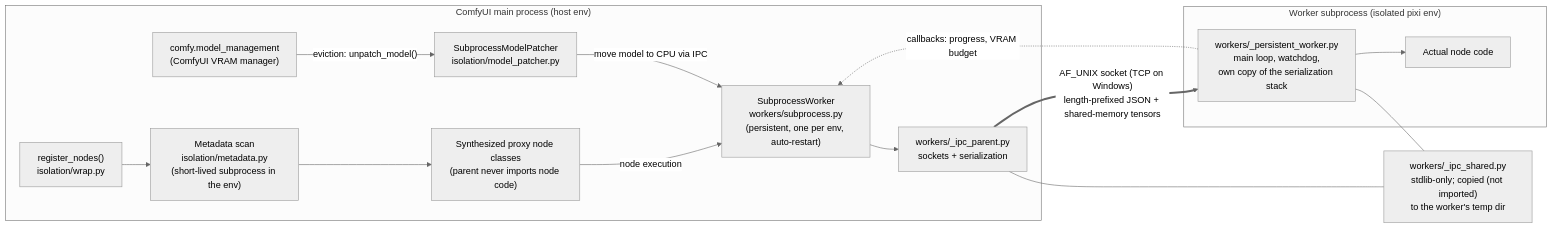
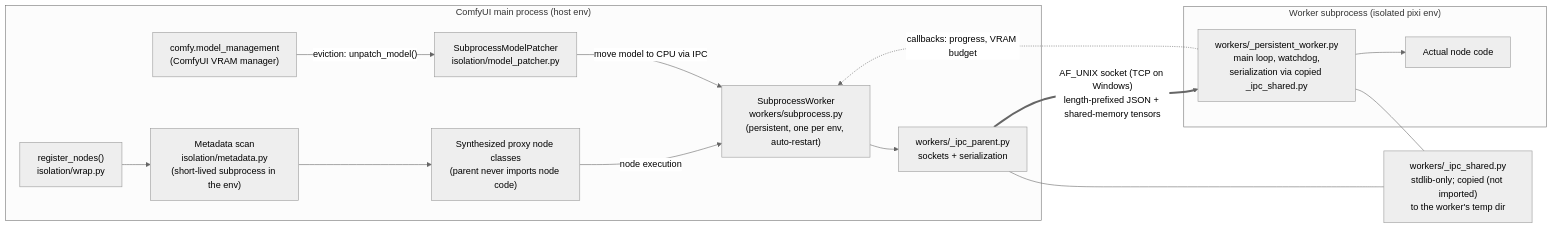
Before and after one commit to Comfy-Forge/comfy-forge-docs: the fourth of 4 diagrams in docs/comfy-env/index.md, drawn with Mermaid (neutral theme). The commit also changed other lines of this file and 10 other files, not shown here.

````diff
--- a/docs/comfy-env/index.md
+++ b/docs/comfy-env/index.md
@@ -375,30 +375,30 @@
 ```mermaid
 flowchart LR
     subgraph parent["ComfyUI main process (host env)"]
         reg["register_nodes()<br/>isolation/wrap.py"]
         meta["Metadata scan<br/>isolation/metadata.py<br/>(short-lived subprocess in the env)"]
         proxy["Synthesized proxy node classes<br/>(parent never imports node code)"]
         sw["SubprocessWorker<br/>workers/subprocess.py<br/>(persistent, one per env, auto-restart)"]
         ipcp["workers/_ipc_parent.py<br/>sockets + serialization"]
         mp["SubprocessModelPatcher<br/>isolation/model_patcher.py"]
         mm["comfy.model_management<br/>(ComfyUI VRAM manager)"]
         reg --> meta --> proxy
         proxy -->|"node execution"| sw
         sw --> ipcp
         mm -->|"eviction: unpatch_model()"| mp
         mp -->|"move model to CPU via IPC"| sw
     end
 
     subgraph wp["Worker subprocess (isolated pixi env)"]
-        pw["workers/_persistent_worker.py<br/>main loop, watchdog,<br/>own copy of the serialization stack"]
+        pw["workers/_persistent_worker.py<br/>main loop, watchdog,<br/>serialization via copied _ipc_shared.py"]
         node["Actual node code"]
         pw --> node
     end
 
     shared["workers/_ipc_shared.py<br/>stdlib-only; copied (not imported)<br/>to the worker's temp dir"]
 
     ipcp ==>|"AF_UNIX socket (TCP on Windows)<br/>length-prefixed JSON + shared-memory tensors"| pw
     pw -.->|"callbacks: progress, VRAM budget"| sw
     ipcp --- shared
     pw --- shared
 ```
````
